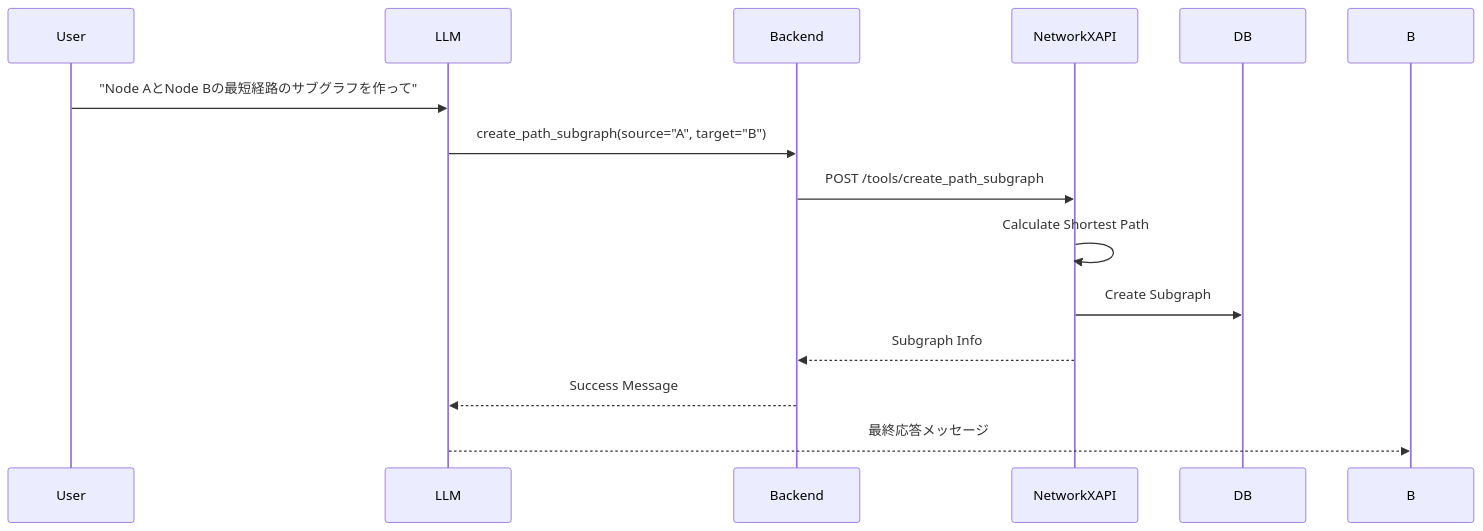
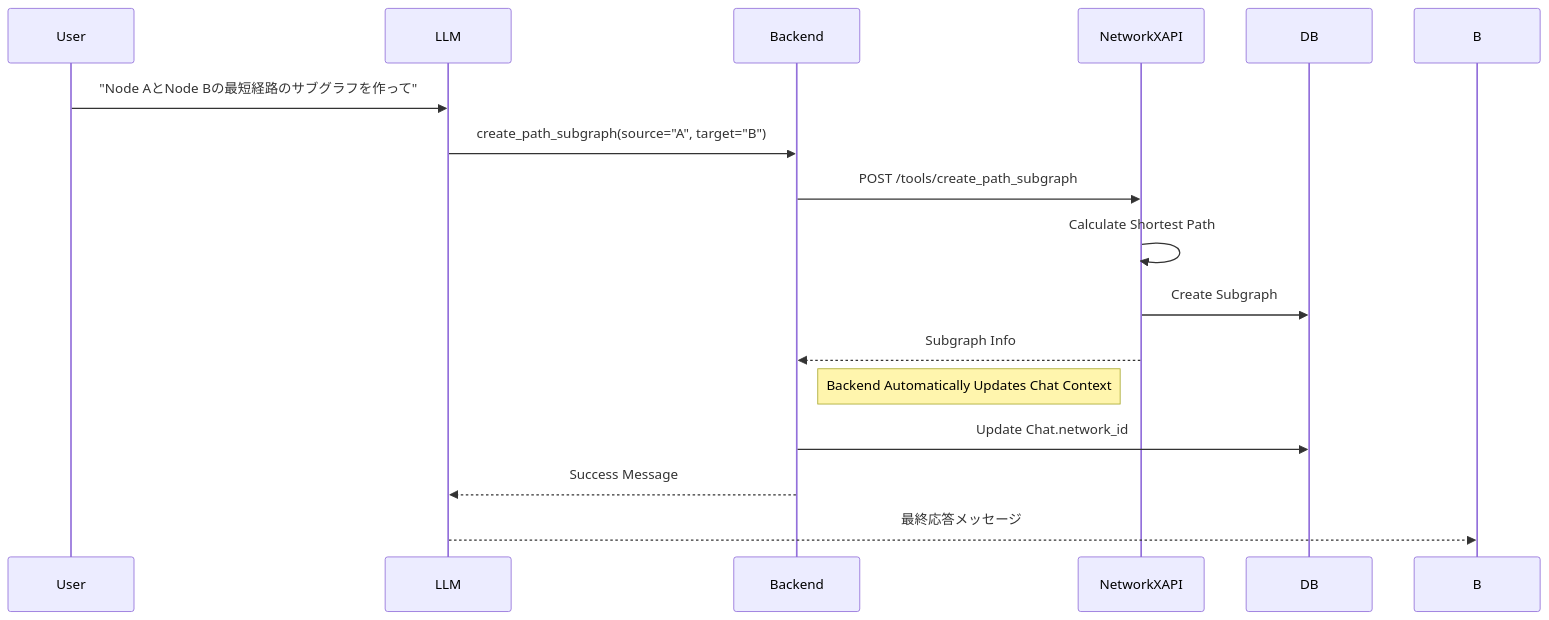
Before and after one commit to vdslab/LLMGraphvis: the fifth of 9 diagrams in specification/2_Technical_Details/6_Core_Workflows.md, drawn with Mermaid. The commit also changed other lines of this file and 1 other file, not shown here.

Commit message:
docs: Update backend and core workflow specifications

````diff
--- a/specification/2_Technical_Details/6_Core_Workflows.md
+++ b/specification/2_Technical_Details/6_Core_Workflows.md
@@ -252,16 +255,21 @@
 ```mermaid
 sequenceDiagram
     participant User
     participant LLM
     participant Backend
     participant NetworkXAPI
+    participant DB
 
     User->>LLM: "Node AとNode Bの最短経路のサブグラフを作って"
     LLM->>Backend: create_path_subgraph(source="A", target="B")
     Backend->>NetworkXAPI: POST /tools/create_path_subgraph
     NetworkXAPI->>NetworkXAPI: Calculate Shortest Path
     NetworkXAPI->>DB: Create Subgraph
     NetworkXAPI-->>Backend: Subgraph Info
+
+    note right of Backend: Backend Automatically Updates Chat Context
+    Backend->>DB: Update Chat.network_id
+    
     Backend-->>LLM: Success Message
     LLM-->>B: 最終応答メッセージ
 ```
````
